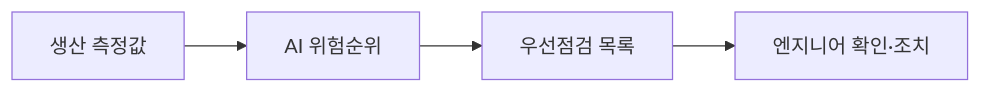
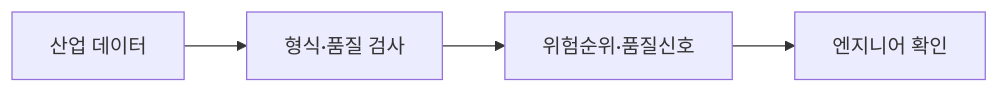
One commit to heechan9/fabguard-ai changed the diagram in README.md. Above: the diagram before and after it, drawn with Mermaid. The commit also changed other lines of this file, not shown here.

````diff
--- a/README.md
+++ b/README.md
@@ -53,6 +33,6 @@
 ```mermaid
 flowchart LR
-    A["생산 측정값"] --> B["AI 위험순위"]
-    B --> C["우선점검 목록"]
-    C --> D["엔지니어 확인·조치"]
+    A["산업 데이터"] --> B["형식·품질 검사"]
+    B --> C["위험순위·품질신호"]
+    C --> D["엔지니어 확인"]
 ```
````
